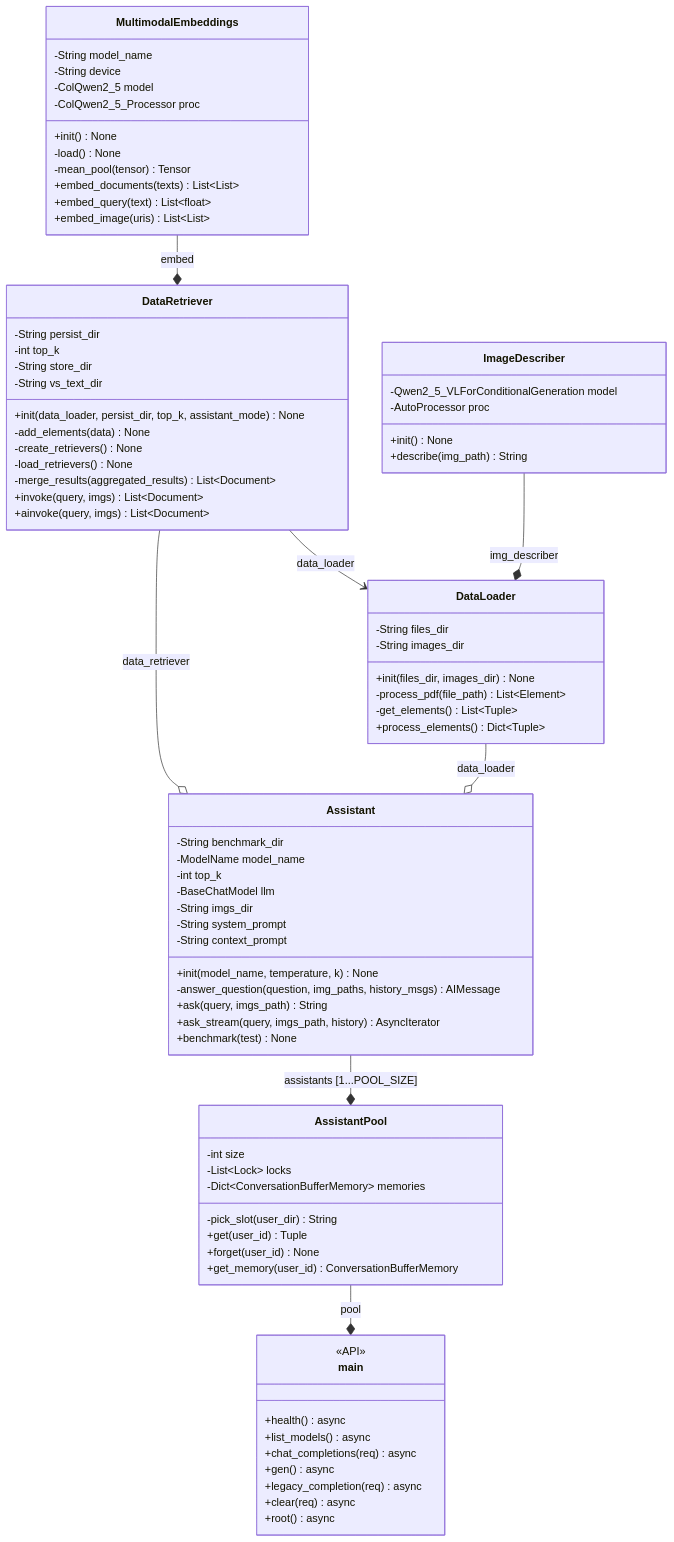
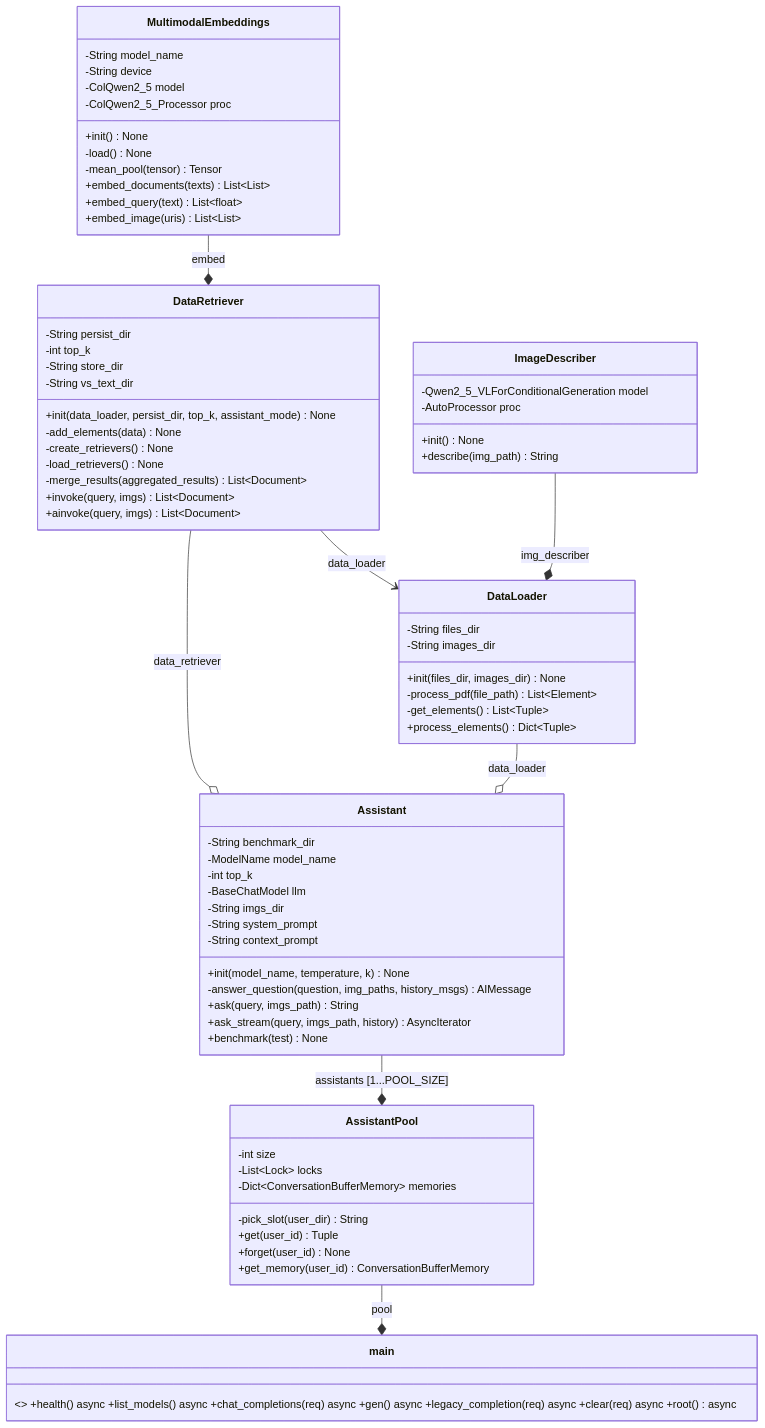
One commit to rcblanco1801/assistant changed the diagram in README.md. Above: the diagram before and after it, drawn with Mermaid. The commit also changed other lines of this file and 2 other files, not shown here.

Commit message:
readme.pdf added

````diff
--- a/README.md
+++ b/README.md
@@ -67,6 +130,6 @@
 ```mermaid
-    classDiagram
-    
+classDiagram
+
     DataLoader --o Assistant : data_loader
     DataRetriever --> DataLoader: data_loader
     DataRetriever --o Assistant: data_retriever
@@ -75,82 +138,74 @@
     AssistantPool --* main: pool
     MultimodalEmbeddings --* DataRetriever: embed
 
-		class ImageDescriber{
-			-Qwen2_5_VLForConditionalGeneration model
-			-AutoProcessor proc
-			+init() None
-			+describe(img_path) String
-		}
+        class ImageDescriber{
+            -Qwen2_5_VLForConditionalGeneration model
+            -AutoProcessor proc
+            +init() None
+            +describe(img_path) String
+        }
 
-		class MultimodalEmbeddings{
-			-String model_name
-			-String device
-			-ColQwen2_5 model
-			-ColQwen2_5_Processor proc
-			+init() None
-			-load() None
-			-mean_pool(tensor) Tensor
-			+embed_documents(texts) List~List~
-			+embed_query(text) List~float~
-			+embed_image(uris) List~List~
-		}
+        class MultimodalEmbeddings{
+            -String model_name
+            -String device
+            -ColQwen2_5 model
+            -ColQwen2_5_Processor proc
+            +init() None
+            -load() None
+            -mean_pool(tensor) Tensor
+            +embed_documents(texts) List~List~
+            +embed_query(text) List~float~
+            +embed_image(uris) List~List~
+        }
 
-		class DataLoader{
-			-String files_dir
-			-String images_dir
-			+init(files_dir, images_dir) None
-	    -process_pdf(file_path) List~Element~
-	    -get_elements() List~Tuple~
-	    +process_elements() Dict~Tuple~
+        class DataLoader{
+            -String files_dir
+            -String images_dir
+            +init(files_dir, images_dir) None
+        -process_pdf(file_path) List~Element~
+        -get_elements() List~Tuple~
+        +process_elements() Dict~Tuple~
     }
 
-		class DataRetriever{
-			-String persist_dir
-			-int top_k
-			-String store_dir
-			-String vs_text_dir
-			+init(data_loader, persist_dir, top_k, assistant_mode) None
-	    -add_elements(data) None
-	    -create_retrievers() None
-	    -load_retrievers() None
-	    -merge_results(aggregated_results) List~Document~
-	    +invoke(query, imgs) List~Document~
-	    +ainvoke(query, imgs) List~Document~
+        class DataRetriever{
+            -String persist_dir
+            -int top_k
+            -String store_dir
+            -String vs_text_dir
+            +init(data_loader, persist_dir, top_k, assistant_mode) None
+        -add_elements(data) None
+        -create_retrievers() None
+        -load_retrievers() None
+        -merge_results(aggregated_results) List~Document~
+        +invoke(query, imgs) List~Document~
+        +ainvoke(query, imgs) List~Document~
     }
 
-		class Assistant{
-			-String benchmark_dir
-			-ModelName model_name
-			-int top_k
-			-BaseChatModel llm
-			-String imgs_dir
-			-String system_prompt
-			-String context_prompt
-			+init(model_name, temperature, k) None
-			-answer_question(question, img_paths, history_msgs) AIMessage
-			+ask(query, imgs_path) String
-			+ask_stream(query, imgs_path, history) AsyncIterator
-			+benchmark(test) None
-		}
+        class Assistant{
+            -String benchmark_dir
+            -ModelName model_name
+            -int top_k
+            -BaseChatModel llm
+            -String imgs_dir
+            -String system_prompt
+            -String context_prompt
+            +init(model_name, temperature, k) None
+            -answer_question(question, img_paths, history_msgs) AIMessage
+            +ask(query, imgs_path) String
+            +ask_stream(query, imgs_path, history) AsyncIterator
+            +benchmark(test) None
+        }
 
-		class AssistantPool{
-			-int size
-			-List~Lock~ locks
-			-Dict~ConversationBufferMemory~ memories
-			-pick_slot(user_dir) String
-			+get(user_id) Tuple
-			+forget(user_id) None
-			+get_memory(user_id) ConversationBufferMemory
-		}
+        class AssistantPool{
+            -int size
+            -List~Lock~ locks
+            -Dict~ConversationBufferMemory~ memories
+            -pick_slot(user_dir) String
+            +get(user_id) Tuple
+            +forget(user_id) None
+            +get_memory(user_id) ConversationBufferMemory
+        }
 
-		class main{ 
-			<<API>> 
-			+health() async
-			+list_models() async
-			+chat_completions(req) async
-			+gen() async
-			+legacy_completion(req) async
-			+clear(req) async
-			+root() async
-		}
+        class main{ 
+            <>             +health() async            +list_models() async            +chat_completions(req) async            +gen() async            +legacy_completion(req) async            +clear(req) async            +root() async        }
 ```
````
